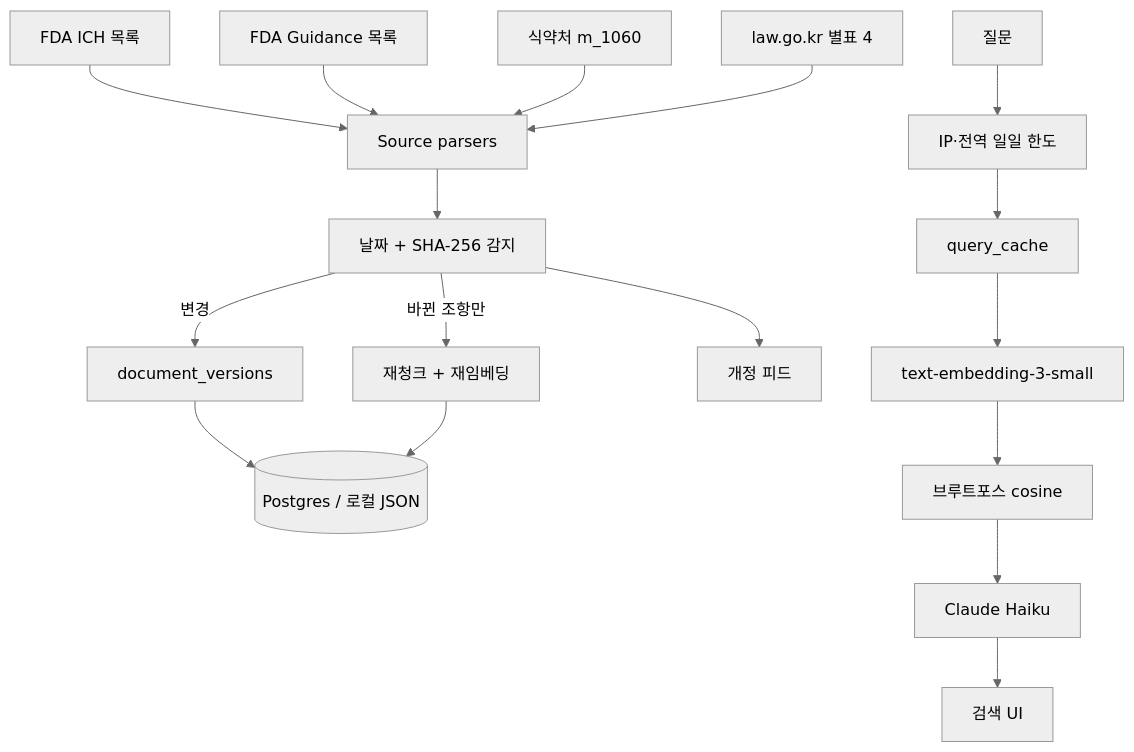
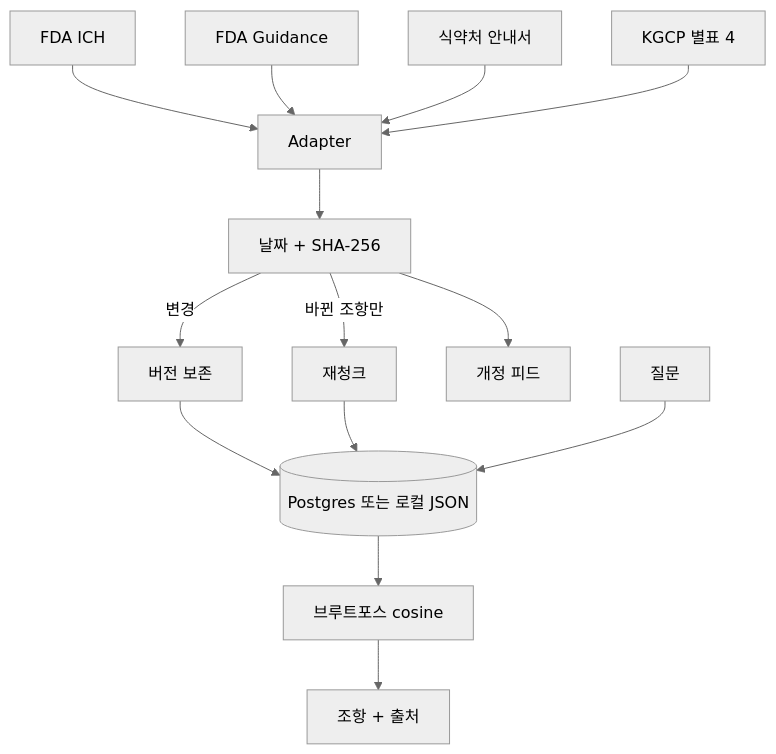
Before and after one commit to sikim07/gcp-guidance-search: the diagram in README.md, drawn with Mermaid (neutral theme). The commit also changed other lines of this file, not shown here.

````diff
--- a/README.md
+++ b/README.md
@@ -14,19 +72,16 @@
 ```mermaid
 flowchart TD
-  FDAICH[FDA ICH 목록] --> Adapter
-  FDA[FDA Guidance 목록] --> Adapter
-  MFDS[식약처 m_1060] --> Adapter
-  KGCP[law.go.kr 별표 4] --> Adapter
-  Adapter[Source parsers] --> Detect[날짜 + SHA-256 감지]
-  Detect -->|변경| Version[document_versions]
-  Detect -->|바뀐 조항만| Chunk[재청크 + 재임베딩]
-  Version --> PG[(Postgres / 로컬 JSON)]
-  Chunk --> PG
-  Q[질문] --> Limit[IP·전역 일일 한도]
-  Limit --> Cache[query_cache]
-  Cache --> Embed[text-embedding-3-small]
-  Embed --> Brute[브루트포스 cosine]
-  Brute --> Haiku[Claude Haiku]
-  Haiku --> UI[검색 UI]
+  FDAICH[FDA ICH] --> Adapter
+  FDA[FDA Guidance] --> Adapter
+  MFDS[식약처 안내서] --> Adapter
+  KGCP[KGCP 별표 4] --> Adapter
+  Adapter --> Detect[날짜 + SHA-256]
+  Detect -->|변경| Version[버전 보존]
+  Detect -->|바뀐 조항만| Chunk[재청크]
+  Version --> Store[(Postgres 또는 로컬 JSON)]
+  Chunk --> Store
   Detect --> Feed[개정 피드]
+  Q[질문] --> Store
+  Store --> Brute[브루트포스 cosine]
+  Brute --> Answer[조항 + 출처]
 ```
````
